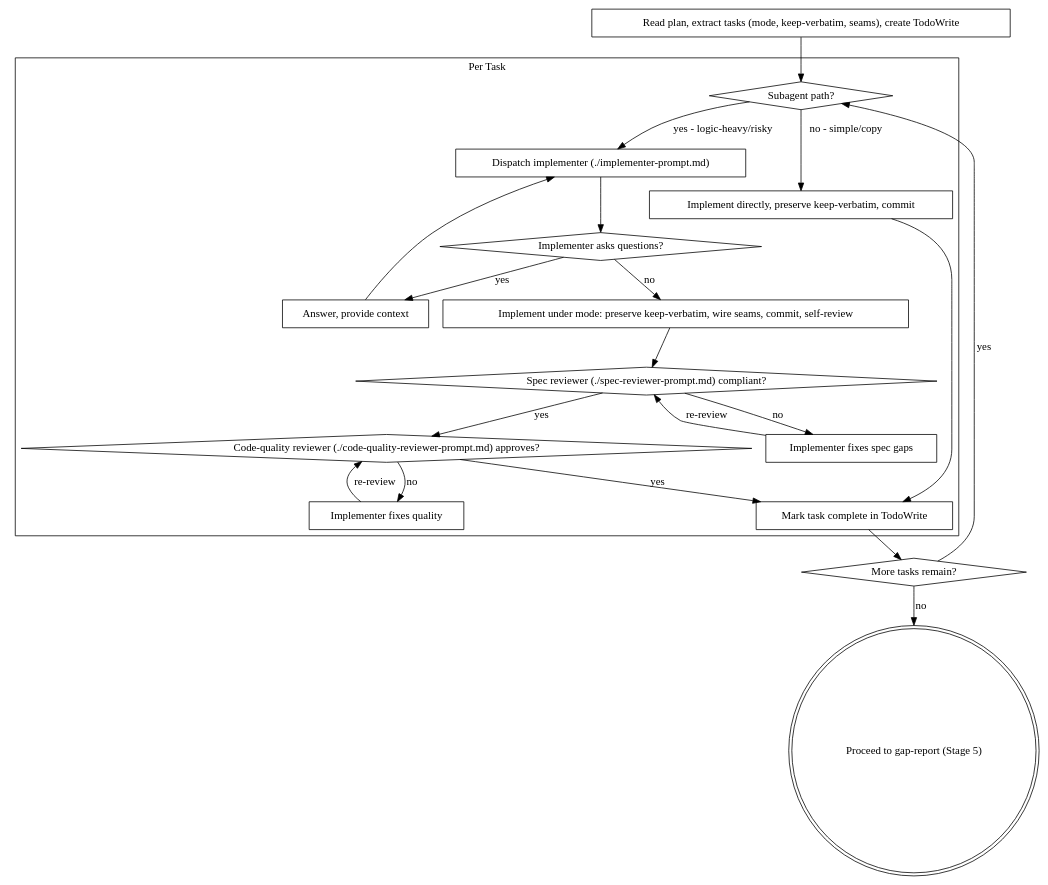
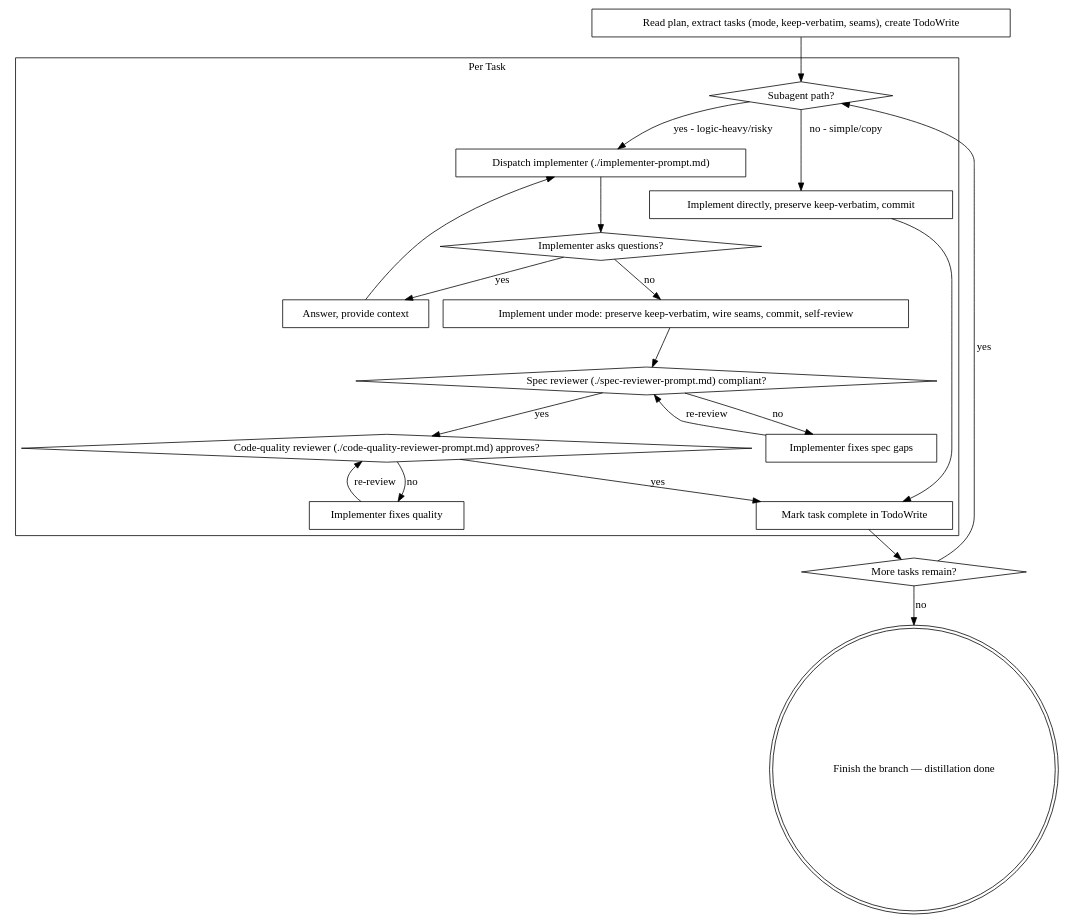
The second of 2 diagrams in skills/distillation-implementation/SKILL.md (duongnghia222/code-distilling), drawn with Graphviz before and after one commit. The commit also changed other lines of this file and 13 other files, not shown here.

````diff
--- a/skills/distillation-implementation/SKILL.md
+++ b/skills/distillation-implementation/SKILL.md
@@ -41,44 +40,44 @@
 ```dot
 digraph process {
     rankdir=TB;
 
     "Read plan, extract tasks (mode, keep-verbatim, seams), create TodoWrite" [shape=box];
 
     subgraph cluster_per_task {
         label="Per Task";
         "Subagent path?" [shape=diamond];
         "Dispatch implementer (./implementer-prompt.md)" [shape=box];
         "Implementer asks questions?" [shape=diamond];
         "Answer, provide context" [shape=box];
         "Implement under mode: preserve keep-verbatim, wire seams, commit, self-review" [shape=box];
         "Implement directly, preserve keep-verbatim, commit" [shape=box];
         "Spec reviewer (./spec-reviewer-prompt.md) compliant?" [shape=diamond];
         "Implementer fixes spec gaps" [shape=box];
         "Code-quality reviewer (./code-quality-reviewer-prompt.md) approves?" [shape=diamond];
         "Implementer fixes quality" [shape=box];
         "Mark task complete in TodoWrite" [shape=box];
     }
 
     "More tasks remain?" [shape=diamond];
-    "Proceed to gap-report (Stage 5)" [shape=doublecircle];
+    "Finish the branch — distillation done" [shape=doublecircle];
 
     "Read plan, extract tasks (mode, keep-verbatim, seams), create TodoWrite" -> "Subagent path?";
     "Subagent path?" -> "Dispatch implementer (./implementer-prompt.md)" [label="yes - logic-heavy/risky"];
     "Subagent path?" -> "Implement directly, preserve keep-verbatim, commit" [label="no - simple/copy"];
     "Dispatch implementer (./implementer-prompt.md)" -> "Implementer asks questions?";
     "Implementer asks questions?" -> "Answer, provide context" [label="yes"];
     "Answer, provide context" -> "Dispatch implementer (./implementer-prompt.md)";
     "Implementer asks questions?" -> "Implement under mode: preserve keep-verbatim, wire seams, commit, self-review" [label="no"];
     "Implement under mode: preserve keep-verbatim, wire seams, commit, self-review" -> "Spec reviewer (./spec-reviewer-prompt.md) compliant?";
     "Spec reviewer (./spec-reviewer-prompt.md) compliant?" -> "Implementer fixes spec gaps" [label="no"];
     "Implementer fixes spec gaps" -> "Spec reviewer (./spec-reviewer-prompt.md) compliant?" [label="re-review"];
     "Spec reviewer (./spec-reviewer-prompt.md) compliant?" -> "Code-quality reviewer (./code-quality-reviewer-prompt.md) approves?" [label="yes"];
     "Code-quality reviewer (./code-quality-reviewer-prompt.md) approves?" -> "Implementer fixes quality" [label="no"];
     "Implementer fixes quality" -> "Code-quality reviewer (./code-quality-reviewer-prompt.md) approves?" [label="re-review"];
     "Code-quality reviewer (./code-quality-reviewer-prompt.md) approves?" -> "Mark task complete in TodoWrite" [label="yes"];
     "Implement directly, preserve keep-verbatim, commit" -> "Mark task complete in TodoWrite";
     "Mark task complete in TodoWrite" -> "More tasks remain?";
     "More tasks remain?" -> "Subagent path?" [label="yes"];
-    "More tasks remain?" -> "Proceed to gap-report (Stage 5)" [label="no"];
+    "More tasks remain?" -> "Finish the branch — distillation done" [label="no"];
 }
 ```
````
